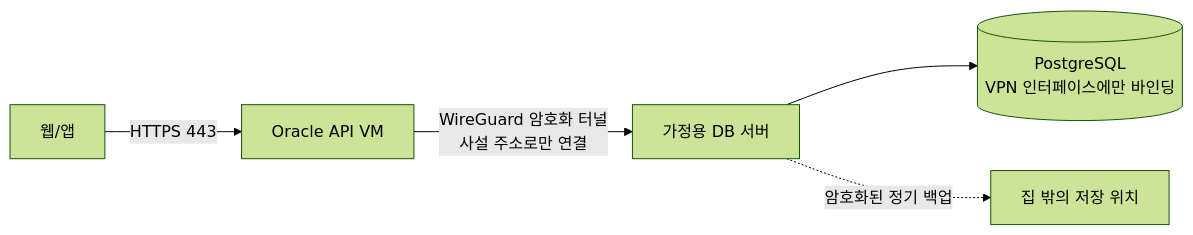
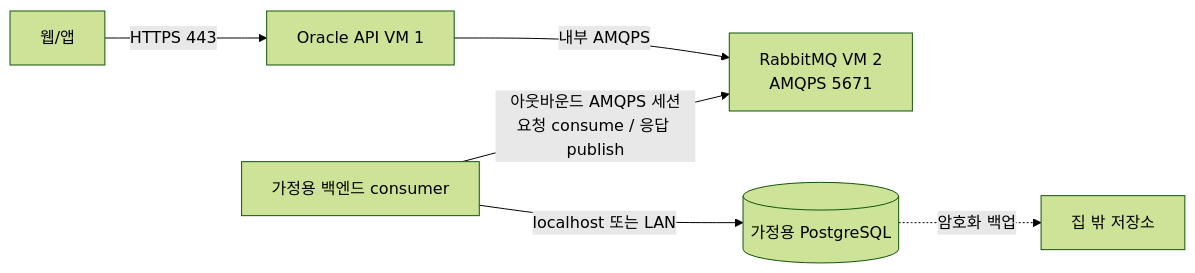
Before and after one commit to david-yj-52/tsh-pi: the second of 2 diagrams in docs/architecture/low-cost-service-architecture.md, drawn with Mermaid (forest theme). The commit also changed other lines of this file, not shown here.

Commit message:
project planning for low-cost architecture

````diff
--- a/docs/architecture/low-cost-service-architecture.md
+++ b/docs/architecture/low-cost-service-architecture.md
@@ -109,7 +109,8 @@
 ```mermaid
 flowchart LR
-  CLIENT[웹/앱] -->|HTTPS 443| API[Oracle API VM]
-  API -->|WireGuard 암호화 터널<br/>사설 주소로만 연결| HOME[가정용 DB 서버]
-  HOME --> PG[(PostgreSQL<br/>VPN 인터페이스에만 바인딩)]
-  HOME -. 암호화된 정기 백업 .-> OFFSITE[집 밖의 저장 위치]
+  CLIENT[웹/앱] -->|HTTPS 443| API[Oracle API VM 1]
+  API -->|내부 AMQPS| MQ[RabbitMQ VM 2<br/>AMQPS 5671]
+  HOME[가정용 백엔드 consumer] -->|아웃바운드 AMQPS 세션<br/>요청 consume / 응답 publish| MQ
+  HOME -->|localhost 또는 LAN| PG[(가정용 PostgreSQL)]
+  PG -. 암호화 백업 .-> OFFSITE[집 밖 저장소]
 ```
````
